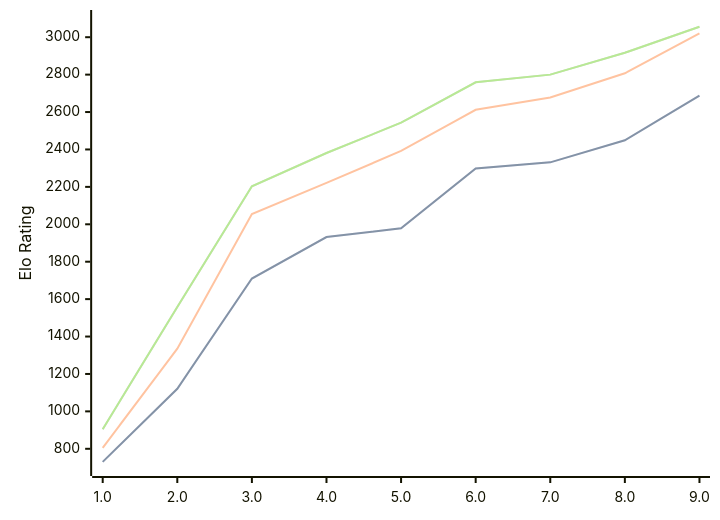
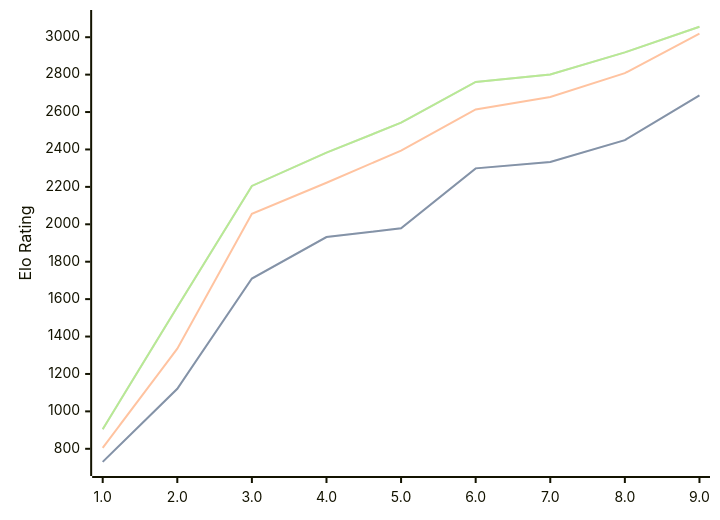
Before and after one commit to computer-chess-index/cci: the diagram in engines/Pea.md, drawn with Mermaid. The commit also changed other lines of this file, not shown here.

Commit message:
Update CCI Ratings (ELO VLTC) - 2026-07-23

````diff
--- a/engines/Pea.md
+++ b/engines/Pea.md
@@ -39,11 +39,11 @@
 ```mermaid
 %%{init: {"theme":"base","themeVariables":{"seriesColors:['#a3a3a3','#222221','#faa371']}}}%%
 xychart-beta
   x-axis ["1.0", "2.0", "3.0", "4.0", "5.0", "6.0", "7.0", "8.0", "9.0"]
   y-axis "Elo Rating" 700 --> 3100
-  line "STC (8.0+0.08s)" [730, 1121, 1710, 1932, 1979, 2298, 2331, 2449, 2688]
-  line "STC (8.0+0.08s)" [730, 1121, 1710, 1932, 1979, 2298, 2331, 2449, 2688]
-  line "LTC (60.0+0.60s)" [805, 1335, 2055, 2221, 2392, 2612, 2678, 2807, 3020]
-  line "VLTC (2m24s+1.12s)" [905, 1558, 2203, 2381, 2543, 2759, 2800, 2917, 3056]
-  line "VLTC (2m24s+1.12s)" [905, 1558, 2203, 2381, 2543, 2759, 2800, 2917, 3056]
+  line "STC (8.0+0.08s)" [730, 1121, 1710, 1932, 1979, 2299, 2333, 2450, 2689]
+  line "STC (8.0+0.08s)" [730, 1121, 1710, 1932, 1979, 2299, 2333, 2450, 2689]
+  line "LTC (60.0+0.60s)" [805, 1335, 2056, 2222, 2394, 2614, 2680, 2808, 3019]
+  line "VLTC (2m24s+1.12s)" [905, 1558, 2205, 2383, 2543, 2761, 2801, 2919, 3056]
+  line "VLTC (2m24s+1.12s)" [905, 1558, 2205, 2383, 2543, 2761, 2801, 2919, 3056]
 ```
````
